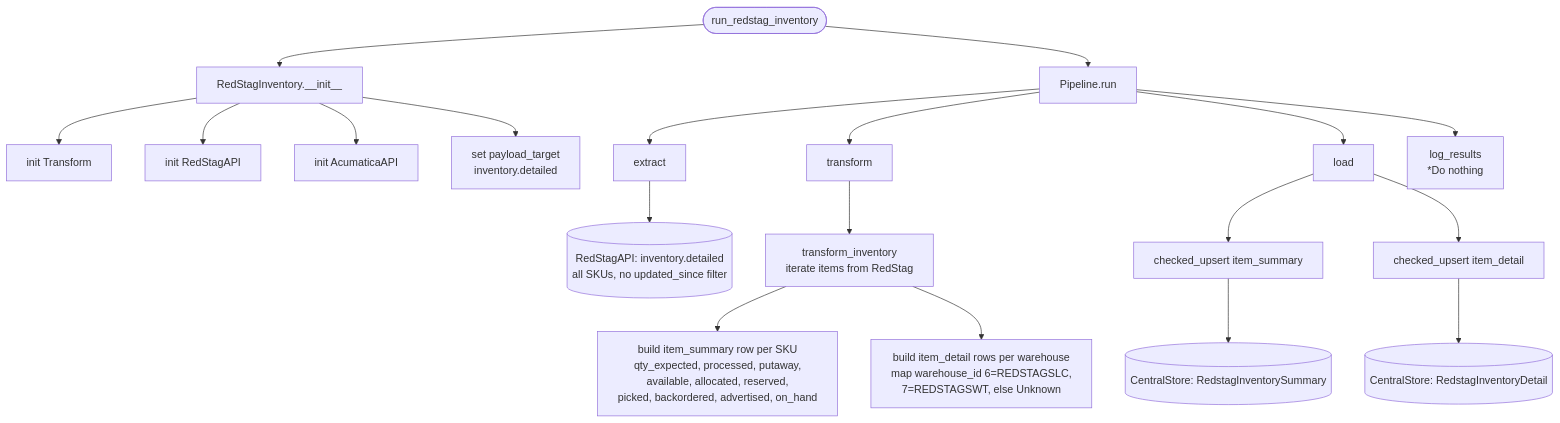
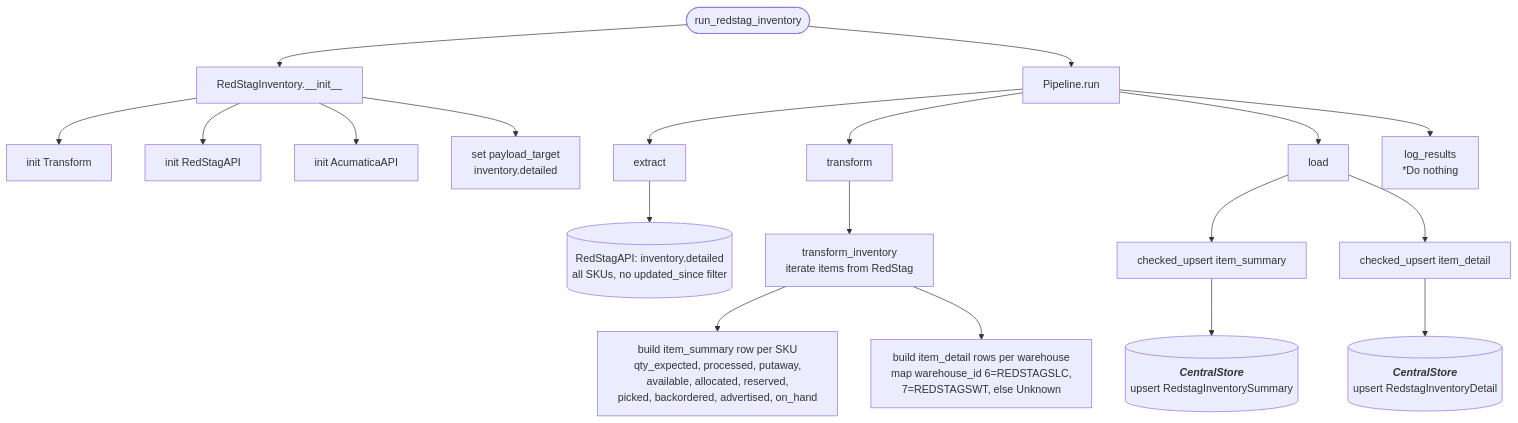
The diagram in docs/pipelines/redstag_inventory.md (journeyhl/integration-platform), drawn with Mermaid before and after one commit. The commit also changed 25 other files, not shown here.

````diff
--- a/docs/pipelines/redstag_inventory.md
+++ b/docs/pipelines/redstag_inventory.md
@@ -1,26 +1,32 @@
 ```mermaid
 %%{init: {"flowchart": {"wrappingWidth": 400}}}%%
 flowchart TD
     A([run_redstag_inventory]) --> B[RedStagInventory.__init__]
     B --> B1[init Transform]
     B --> B2[init RedStagAPI]
     B --> B3[init AcumaticaAPI]
     B --> B4[set payload_target<br/>inventory.detailed]
     A --> RUN[Pipeline.run]
 
     RUN --> EX[extract]
     EX --> RS1[(RedStagAPI: inventory.detailed<br/>all SKUs, no updated_since filter)]
 
     RUN --> TR[transform]
     TR --> TR1[transform_inventory<br/>iterate items from RedStag]
     TR1 --> TR2[build item_summary row per SKU<br/>qty_expected, processed, putaway,<br/>available, allocated, reserved,<br/>picked, backordered, advertised, on_hand]
     TR1 --> TR3[build item_detail rows per warehouse<br/>map warehouse_id 6=REDSTAGSLC,<br/>7=REDSTAGSWT, else Unknown]
 
     RUN --> LD[load]
     LD --> LD1[checked_upsert item_summary]
-    LD1 --> CS1[(CentralStore: RedstagInventorySummary)]
+    LD1 --> CS1[(
+        <b><i>CentralStore</i></b>
+        upsert RedstagInventorySummary
+    )]
     LD --> LD2[checked_upsert item_detail]
-    LD2 --> CS2[(CentralStore: RedstagInventoryDetail)]
+    LD2 --> CS2[(
+        <b><i>CentralStore</i></b>
+        upsert RedstagInventoryDetail
+    )]
 
     RUN --> LR[log_results<br/>*Do nothing]
 ```
````
